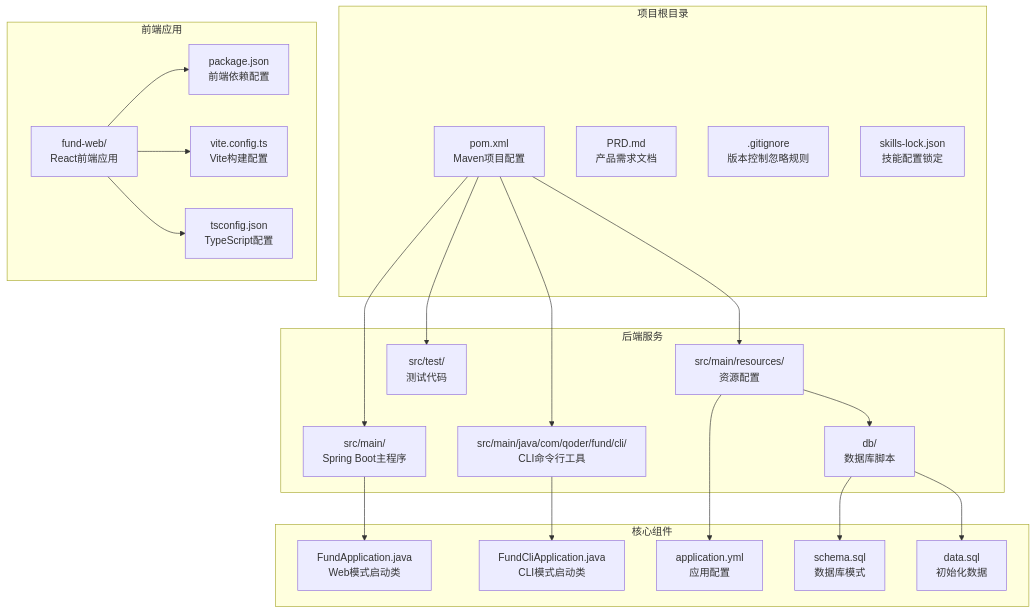
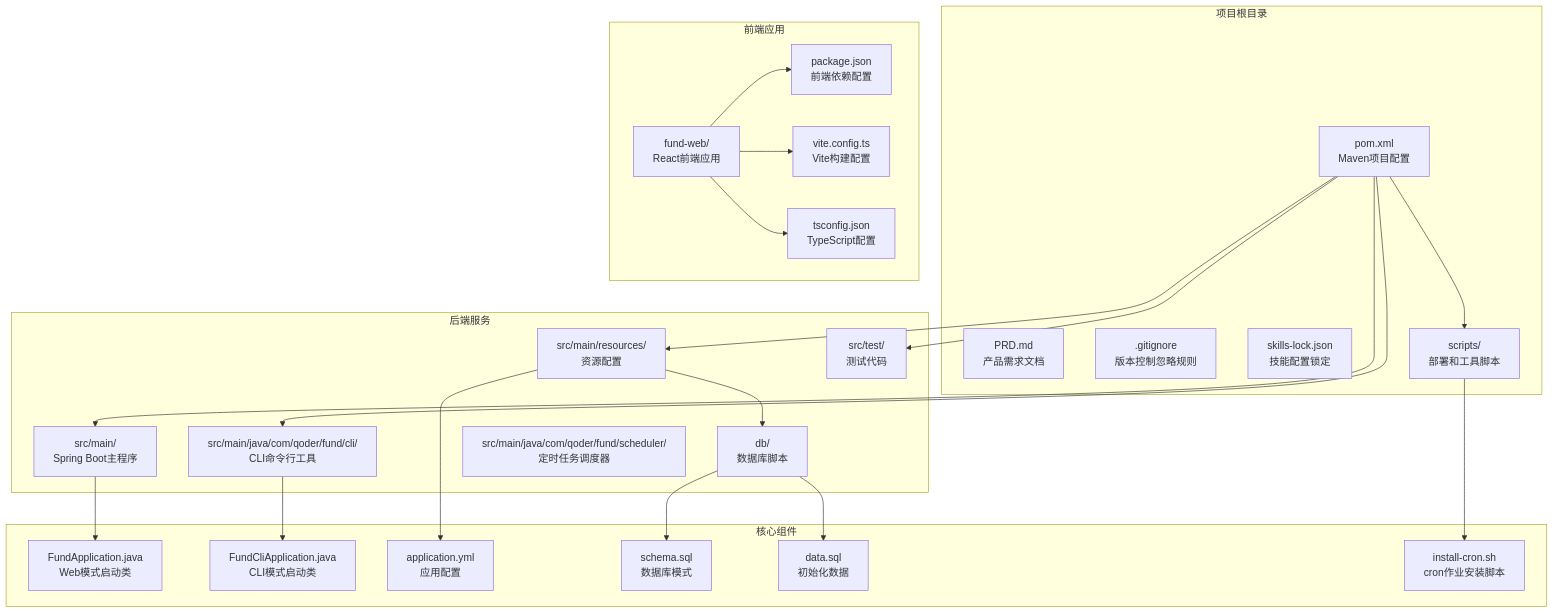
Before and after one commit to gree-coder/fund-butler: the first of 8 diagrams in .qoder/repowiki/zh/content/部署指南.md, drawn with Mermaid. The commit also changed other lines of this file and 7 other files, not shown here.

Commit message:
fix: 修复收益趋势图全0问题，实现历史收益计算逻辑

````diff
--- a/.qoder/repowiki/zh/content/部署指南.md
+++ b/.qoder/repowiki/zh/content/部署指南.md
@@ -55,42 +63,47 @@
 ```mermaid
 graph TB
 subgraph "项目根目录"
 Root[pom.xml<br/>Maven项目配置]
 PRD[PRD.md<br/>产品需求文档]
 Git[.gitignore<br/>版本控制忽略规则]
 SkillsLock[skills-lock.json<br/>技能配置锁定]
+Scripts[scripts/<br/>部署和工具脚本]
 end
 subgraph "后端服务"
 Main[src/main/<br/>Spring Boot主程序]
 CLI[src/main/java/com/qoder/fund/cli/<br/>CLI命令行工具]
 Resources[src/main/resources/<br/>资源配置]
 DB[db/<br/>数据库脚本]
 Test[src/test/<br/>测试代码]
+Scheduler[src/main/java/com/qoder/fund/scheduler/<br/>定时任务调度器]
 end
 subgraph "前端应用"
 Web[fund-web/<br/>React前端应用]
 Package[package.json<br/>前端依赖配置]
 Vite[vite.config.ts<br/>Vite构建配置]
 TS[tsconfig.json<br/>TypeScript配置]
 end
 subgraph "核心组件"
 App[FundApplication.java<br/>Web模式启动类]
 CliApp[FundCliApplication.java<br/>CLI模式启动类]
 Config[application.yml<br/>应用配置]
 Schema[schema.sql<br/>数据库模式]
 Data[data.sql<br/>初始化数据]
+Cron[install-cron.sh<br/>cron作业安装脚本]
 end
 Root --> Main
 Root --> CLI
 Root --> Resources
 Root --> Test
+Root --> Scripts
 Main --> App
 CLI --> CliApp
 Resources --> Config
 Resources --> DB
 DB --> Schema
 DB --> Data
 Web --> Package
 Web --> Vite
 Web --> TS
+Scripts --> Cron
 ```
````
